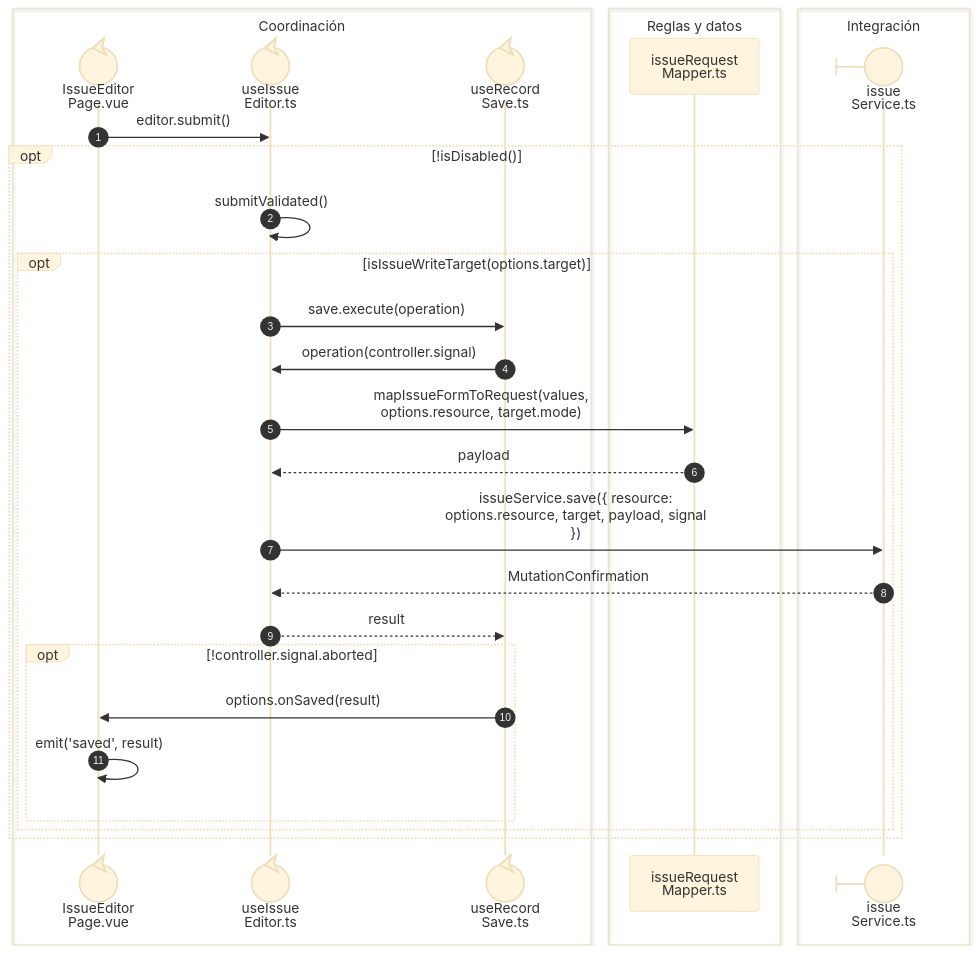
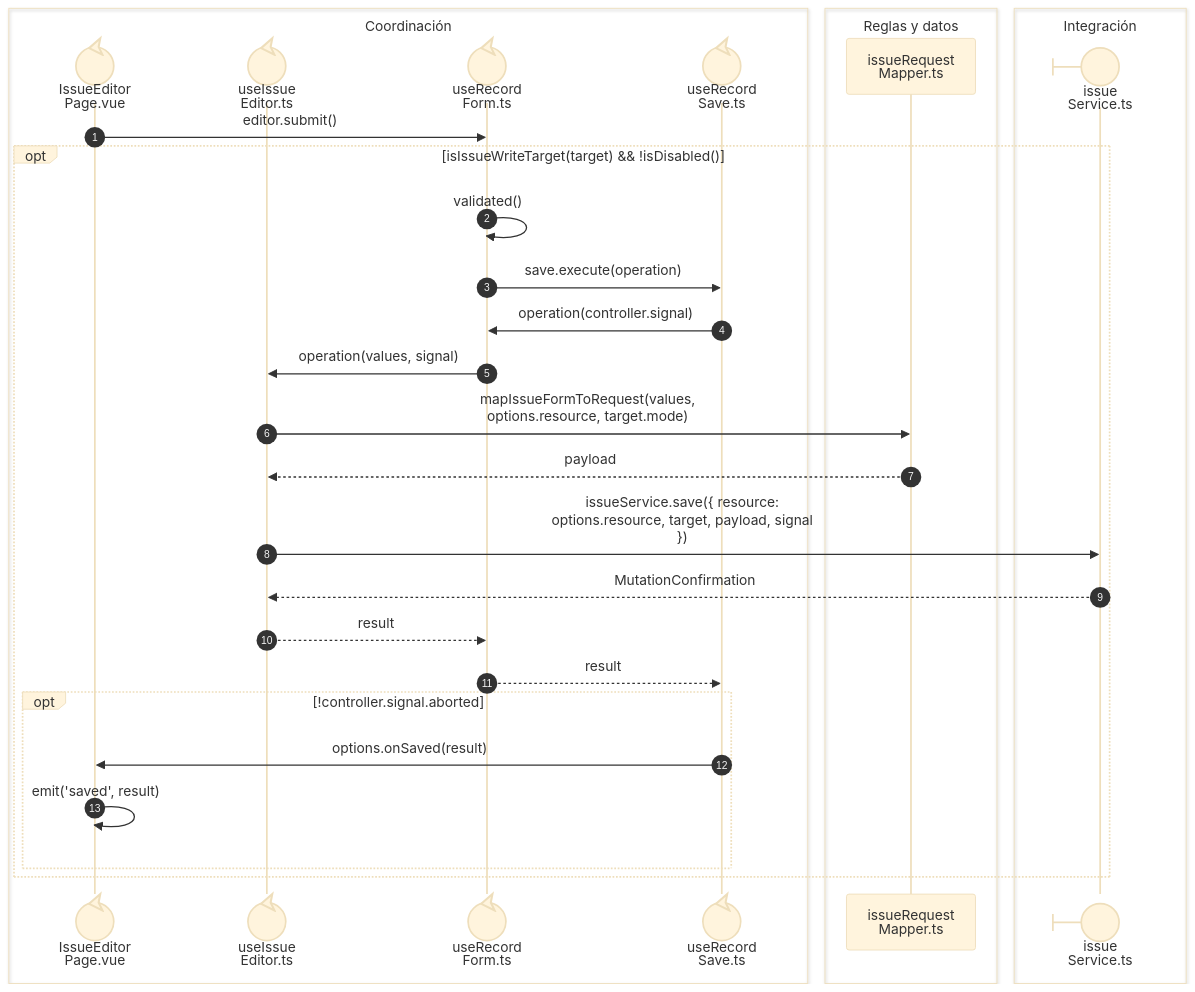
Before and after one commit to gpgsistemas01/nexus: the second of 2 diagrams in front/docs/architecture/views/processes/07-issues/01-issue-open-save.md, drawn with Mermaid (base theme). The commit also changed other lines of this file and 82 other files, not shown here.

````diff
--- a/front/docs/architecture/views/processes/07-issues/01-issue-open-save.md
+++ b/front/docs/architecture/views/processes/07-issues/01-issue-open-save.md
@@ -54,32 +54,33 @@
 ```mermaid
 sequenceDiagram
     autonumber
     box Coordinación
     participant Page@{ "type": "control" } as IssueEditor<br/>Page.vue
     participant Editor@{ "type": "control" } as useIssue<br/>Editor.ts
+    participant Record@{ "type": "control" } as useRecord<br/>Form.ts
     participant Save@{ "type": "control" } as useRecord<br/>Save.ts
     end
     box Reglas y datos
     participant Mapper as issueRequest<br/>Mapper.ts
     end
     box Integración
     participant Service@{ "type": "boundary" } as issue<br/>Service.ts
     end
-    Page->>Editor: nowrap: editor.submit()
-    opt nowrap: !isDisabled()
-        Editor->>Editor: nowrap: submitValidated()
-        opt nowrap: isIssueWriteTarget(options.target)
-            Editor->>Save: nowrap: save.execute(operation)
-            Save->>Editor: nowrap: operation(controller.signal)
-            Editor->>Mapper: nowrap: mapIssueFormToRequest(values,<br/>options.resource, target.mode)
-            Mapper-->>Editor: nowrap: payload
-            Editor->>Service: nowrap: issueService.save({ resource:<br/>options.resource, target, payload, signal<br/>})
-            Service-->>Editor: nowrap: MutationConfirmation
-            Editor-->>Save: nowrap: result
-            opt nowrap: !controller.signal.aborted
-                Save->>Page: nowrap: options.onSaved(result)
-                Page->>Page: nowrap: emit('saved', result)
-            end
+    Page->>Record: nowrap: editor.submit()
+    opt nowrap: isIssueWriteTarget(target) && !isDisabled()
+        Record->>Record: nowrap: validated()
+        Record->>Save: nowrap: save.execute(operation)
+        Save->>Record: nowrap: operation(controller.signal)
+        Record->>Editor: nowrap: operation(values, signal)
+        Editor->>Mapper: nowrap: mapIssueFormToRequest(values,<br/>options.resource, target.mode)
+        Mapper-->>Editor: nowrap: payload
+        Editor->>Service: nowrap: issueService.save({ resource:<br/>options.resource, target, payload, signal<br/>})
+        Service-->>Editor: nowrap: MutationConfirmation
+        Editor-->>Record: nowrap: result
+        Record-->>Save: nowrap: result
+        opt nowrap: !controller.signal.aborted
+            Save->>Page: nowrap: options.onSaved(result)
+            Page->>Page: nowrap: emit('saved', result)
         end
     end
 ```
````
